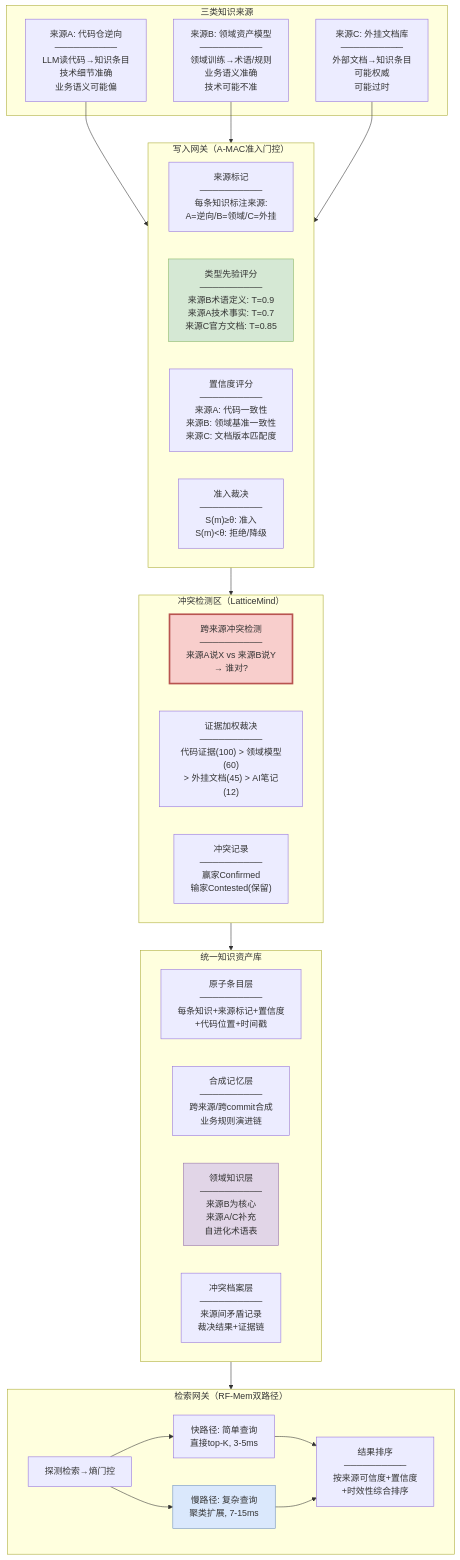
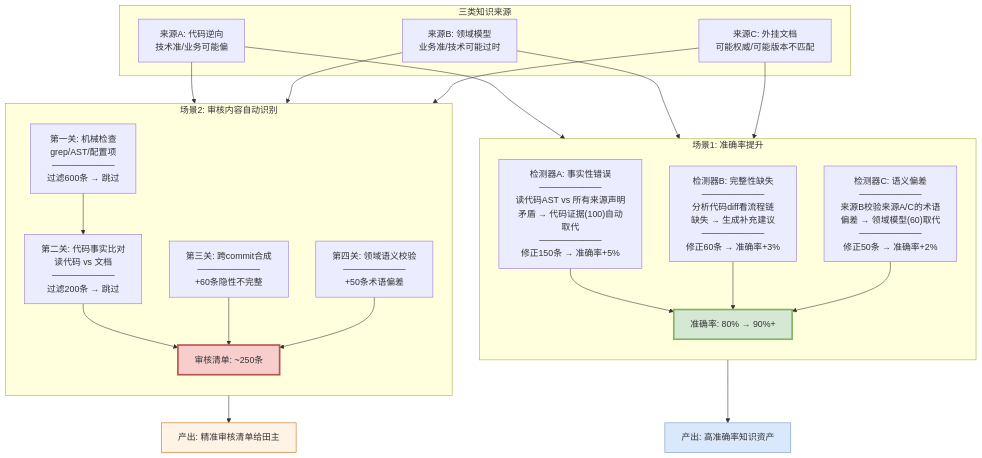
Before and after one commit to hututuxinyu/Memory: the diagram in POC/存量知识资产治理完整解决方案.md, drawn with Mermaid. The commit also changed other lines of this file, not shown here.

Commit message:
feat: reframe solution around 2 business outcomes - accuracy improvement (80% to 90%+) and auto-identify review items (1000 to 250, 75% reduction)

````diff
--- a/POC/存量知识资产治理完整解决方案.md
+++ b/POC/存量知识资产治理完整解决方案.md
@@ -75,48 +57,47 @@
 ```mermaid
-flowchart TB
-    subgraph Sources["三类知识来源"]
-        SA["来源A: 代码仓逆向<br/>──────────<br/>LLM读代码→知识条目<br/>技术细节准确<br/>业务语义可能偏"]
-        SB["来源B: 领域资产模型<br/>──────────<br/>领域训练→术语/规则<br/>业务语义准确<br/>技术可能不准"]
-        SC["来源C: 外挂文档库<br/>──────────<br/>外部文档→知识条目<br/>可能权威<br/>可能过时"]
+flowchart TD
+    subgraph Input["三类知识来源"]
+        SA["来源A: 代码逆向<br/>技术准/业务可能偏"]
+        SB["来源B: 领域模型<br/>业务准/技术可能过时"]
+        SC["来源C: 外挂文档<br/>可能权威/可能版本不匹配"]
     end
 
-    subgraph WriteGate["写入网关（A-MAC准入门控）"]
-        W1["来源标记<br/>──────────<br/>每条知识标注来源:<br/>A=逆向/B=领域/C=外挂"]
-        W2["类型先验评分<br/>──────────<br/>来源B术语定义: T=0.9<br/>来源A技术事实: T=0.7<br/>来源C官方文档: T=0.85"]
-        W3["置信度评分<br/>──────────<br/>来源A: 代码一致性<br/>来源B: 领域基准一致性<br/>来源C: 文档版本匹配度"]
-        W4["准入裁决<br/>──────────<br/>S(m)≥θ: 准入<br/>S(m)<θ: 拒绝/降级"]
+    subgraph Scenario1["场景1: 准确率提升"]
+        direction TB
+        S1A["检测器A: 事实性错误<br/>──────────<br/>读代码AST vs 所有来源声明<br/>矛盾 → 代码证据(100)自动取代<br/>──────────<br/>修正150条 → 准确率+5%"]
+        S1B["检测器B: 完整性缺失<br/>──────────<br/>分析代码diff看流程链<br/>缺失 → 生成补充建议<br/>──────────<br/>修正60条 → 准确率+3%"]
+        S1C["检测器C: 语义偏差<br/>──────────<br/>来源B校验来源A/C的术语<br/>偏差 → 领域模型(60)取代<br/>──────────<br/>修正50条 → 准确率+2%"]
+        
+        S1A --> S1Result["准确率: 80% → 90%+"]
+        S1B --> S1Result
+        S1C --> S1Result
     end
 
-    subgraph ConflictZone["冲突检测区（LatticeMind）"]
-        CZ1["跨来源冲突检测<br/>──────────<br/>来源A说X vs 来源B说Y<br/>→ 谁对?"]
-        CZ2["证据加权裁决<br/>──────────<br/>代码证据(100) > 领域模型(60)<br/>> 外挂文档(45) > AI笔记(12)"]
-        CZ3["冲突记录<br/>──────────<br/>赢家Confirmed<br/>输家Contested(保留)"]
+    subgraph Scenario2["场景2: 审核内容自动识别"]
+        direction TB
+        S2A["第一关: 机械检查<br/>grep/AST/配置项<br/>──────────<br/>过滤600条 → 跳过"]
+        S2B["第二关: 代码事实比对<br/>读代码 vs 文档<br/>──────────<br/>过滤200条 → 跳过"]
+        S2C["第三关: 跨commit合成<br/>──────────<br/>+60条隐性不完整"]
+        S2D["第四关: 领域语义校验<br/>──────────<br/>+50条术语偏差"]
+        
+        S2A --> S2B
+        S2B --> S2Result["审核清单: ~250条"]
+        S2C --> S2Result
+        S2D --> S2Result
     end
 
-    subgraph Memory["统一知识资产库"]
-        M1["原子条目层<br/>──────────<br/>每条知识+来源标记+置信度<br/>+代码位置+时间戳"]
-        M2["合成记忆层<br/>──────────<br/>跨来源/跨commit合成<br/>业务规则演进链"]
-        M3["领域知识层<br/>──────────<br/>来源B为核心<br/>来源A/C补充<br/>自进化术语表"]
-        M4["冲突档案层<br/>──────────<br/>来源间矛盾记录<br/>裁决结果+证据链"]
-    end
+    SA --> Scenario1
+    SB --> Scenario1
+    SC --> Scenario1
+    SA --> Scenario2
+    SB --> Scenario2
+    SC --> Scenario2
 
-    subgraph RetrieveGate["检索网关（RF-Mem双路径）"]
-        R1["探测检索→熵门控"]
-        R1 --> R2["快路径: 简单查询<br/>直接top-K, 3-5ms"]
-        R1 --> R3["慢路径: 复杂查询<br/>聚类扩展, 7-15ms"]
-        R2 --> R4["结果排序<br/>──────────<br/>按来源可信度+置信度<br/>+时效性综合排序"]
-        R3 --> R4
-    end
+    S1Result --> Output["产出: 高准确率知识资产"]
+    S2Result --> Review["产出: 精准审核清单给田主"]
 
-    SA --> WriteGate
-    SB --> WriteGate
-    SC --> WriteGate
-    WriteGate --> ConflictZone
-    ConflictZone --> Memory
-    Memory --> RetrieveGate
-
-    style W2 fill:#d5e8d4,stroke:#82b366
-    style CZ1 fill:#f8cecc,stroke:#b85450,stroke-width:3px
-    style M3 fill:#e1d5e7,stroke:#9673a6
-    style R3 fill:#dae8fc,stroke:#6c8ebf
+    style S1Result fill:#d5e8d4,stroke:#82b366,stroke-width:3px
+    style S2Result fill:#f8cecc,stroke:#b85450,stroke-width:3px
+    style Output fill:#dae8fc,stroke:#6c8ebf
+    style Review fill:#fff3e6,stroke:#cc6600
 ```
````
